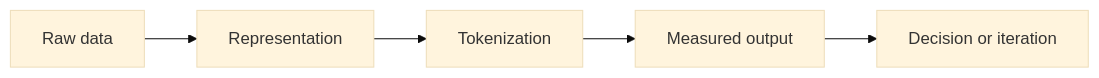
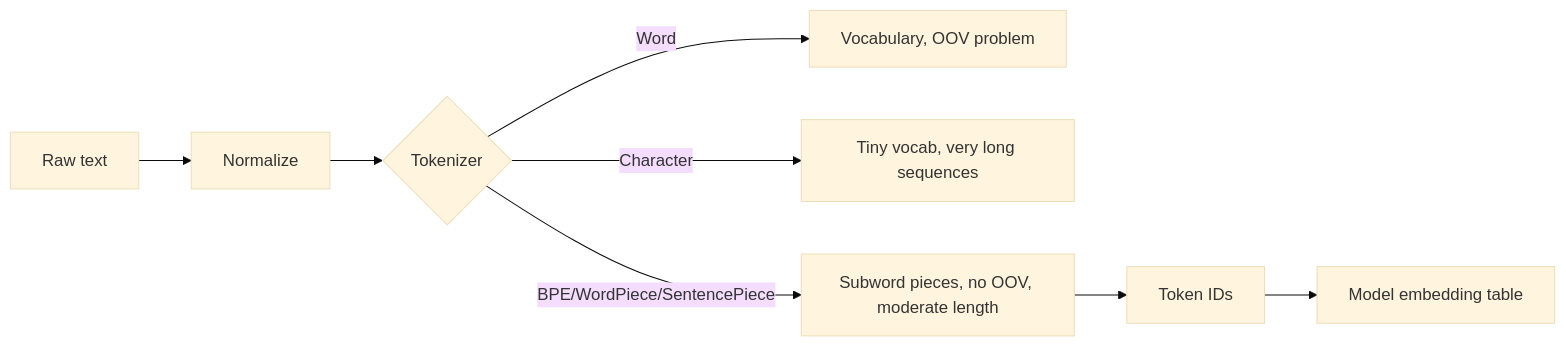
The diagram in nlp/03-tokenization.md (Icon1cc/Machine-Learning), drawn with Mermaid (base theme) before and after one commit. The commit also changed other lines of this file and 264 other files, not shown here.

````diff
--- a/nlp/03-tokenization.md
+++ b/nlp/03-tokenization.md
@@ -92,7 +259,10 @@
 ```mermaid
 flowchart LR
-    A[Raw data] --> B[Representation]
-    B --> C[Tokenization]
-    C --> D[Measured output]
-    D --> E[Decision or iteration]
+    R[Raw text] --> N[Normalize]
+    N --> P{Tokenizer}
+    P -- Word --> W[Vocabulary, OOV problem]
+    P -- Character --> C[Tiny vocab, very long sequences]
+    P -- BPE/WordPiece/SentencePiece --> S[Subword pieces, no OOV, moderate length]
+    S --> Id[Token IDs]
+    Id --> M[Model embedding table]
 ```
````
